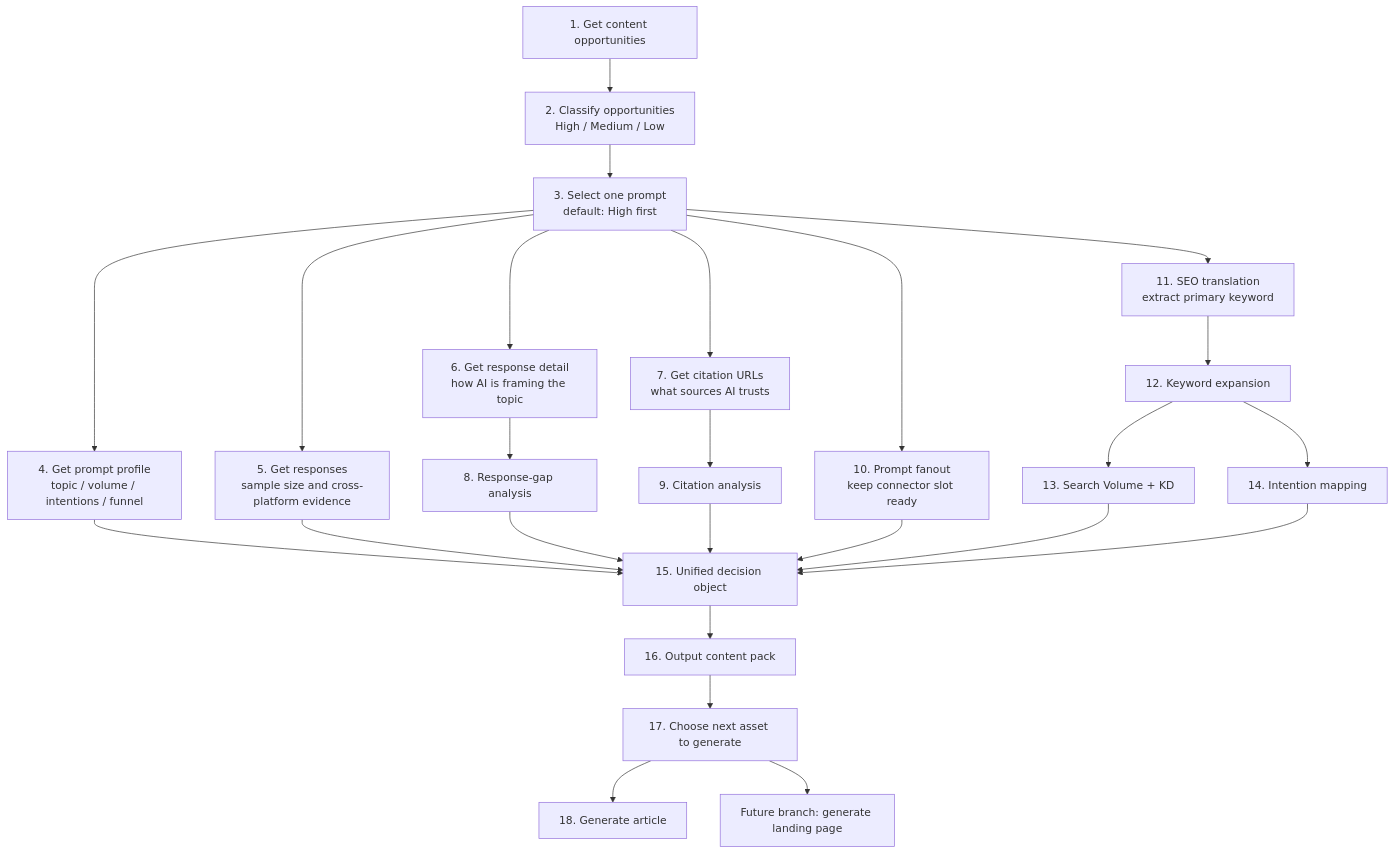
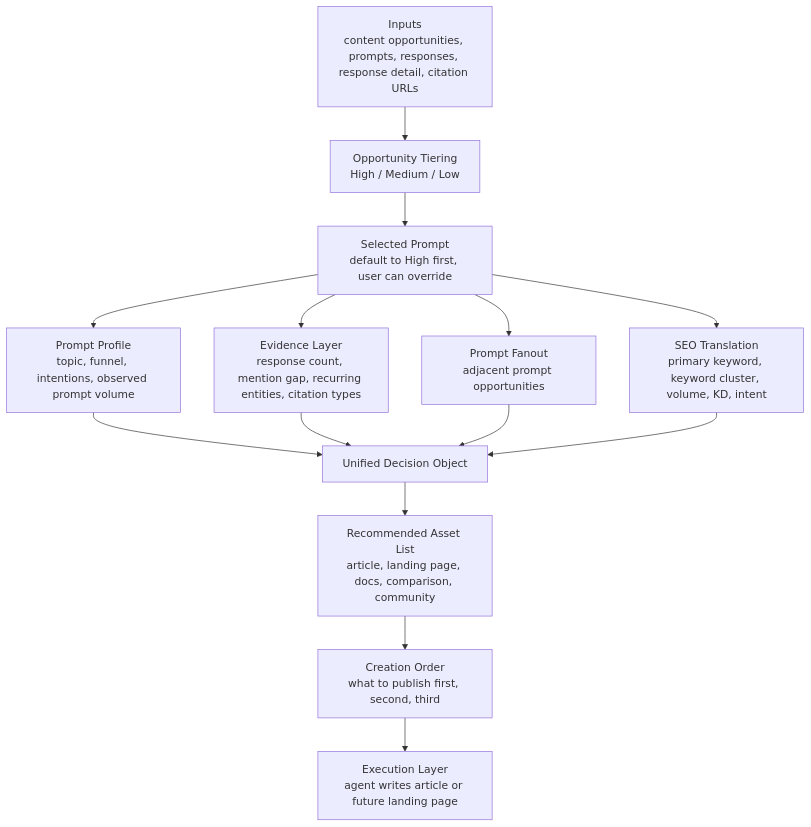
The diagram in README.md (GEO-SEO/dageno-mcp-growth-playbook), drawn with Mermaid before and after one commit. The commit also changed other lines of this file and 6 other files, not shown here.

Commit message:
Rename and wire GEO content opportunity engine

````diff
--- a/README.md
+++ b/README.md
@@ -114,31 +112,16 @@
 ```mermaid
 flowchart TD
-    A["1. Get content opportunities"] --> B["2. Classify opportunities<br/>High / Medium / Low"]
-    B --> C["3. Select one prompt<br/>default: High first"]
-    C --> D["4. Get prompt profile<br/>topic / volume / intentions / funnel"]
-    C --> E["5. Get responses<br/>sample size and cross-platform evidence"]
-    C --> F["6. Get response detail<br/>how AI is framing the topic"]
-    C --> G["7. Get citation URLs<br/>what sources AI trusts"]
-
-    F --> H["8. Response-gap analysis"]
-    G --> I["9. Citation analysis"]
-
-    C --> J["10. Prompt fanout<br/>keep connector slot ready"]
-    C --> K["11. SEO translation<br/>extract primary keyword"]
-    K --> L["12. Keyword expansion"]
-    L --> M["13. Search Volume + KD"]
-    L --> N["14. Intention mapping"]
-
-    D --> O["15. Unified decision object"]
-    E --> O
-    H --> O
-    I --> O
-    J --> O
-    M --> O
-    N --> O
-
-    O --> P["16. Output content pack"]
-    P --> Q["17. Choose next asset to generate"]
-    Q --> R["18. Generate article"]
-    Q --> S["Future branch: generate landing page"]
+    A["Inputs<br/>content opportunities, prompts, responses, response detail, citation URLs"] --> B["Opportunity Tiering<br/>High / Medium / Low"]
+    B --> C["Selected Prompt<br/>default to High first, user can override"]
+    C --> D["Prompt Profile<br/>topic, funnel, intentions, observed prompt volume"]
+    C --> E["Evidence Layer<br/>response count, mention gap, recurring entities, citation types"]
+    C --> F["Prompt Fanout<br/>adjacent prompt opportunities"]
+    C --> G["SEO Translation<br/>primary keyword, keyword cluster, volume, KD, intent"]
+    D --> H["Unified Decision Object"]
+    E --> H
+    F --> H
+    G --> H
+    H --> I["Recommended Asset List<br/>article, landing page, docs, comparison, community"]
+    I --> J["Creation Order<br/>what to publish first, second, third"]
+    J --> K["Execution Layer<br/>agent writes article or future landing page"]
 ```
````
